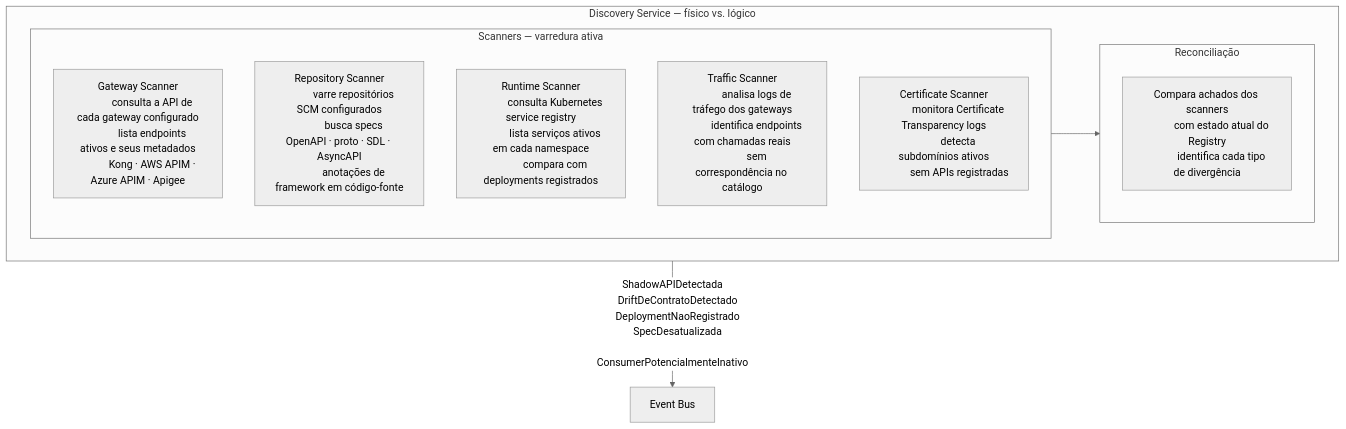
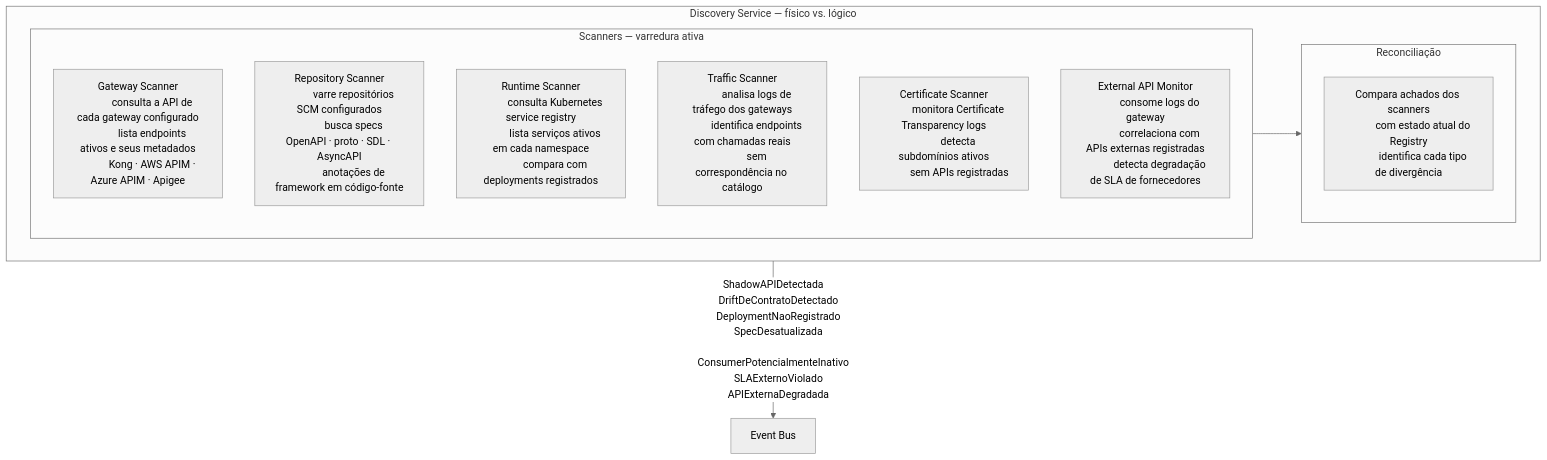
Before and after one commit to fgmira/estudo-api-management: the ninth of 18 diagrams in docs/modulo-7-plataforma_infraestrutura/cap_7_2_arquitetura_referencia.md, drawn with Mermaid (neutral theme). The commit also changed other lines of this file and 4 other files, not shown here.

````diff
--- a/docs/modulo-7-plataforma_infraestrutura/cap_7_2_arquitetura_referencia.md
+++ b/docs/modulo-7-plataforma_infraestrutura/cap_7_2_arquitetura_referencia.md
@@ -459,49 +466,56 @@
 ```mermaid
 graph TB
     subgraph discovery_svc["Discovery Service — físico vs. lógico"]
         direction LR
 
         subgraph scanners["Scanners — varredura ativa"]
             s1["Gateway Scanner
             consulta a API de cada gateway configurado
             lista endpoints ativos e seus metadados
             Kong · AWS APIM · Azure APIM · Apigee"]
 
             s2["Repository Scanner
             varre repositórios SCM configurados
             busca specs OpenAPI · proto · SDL · AsyncAPI
             anotações de framework em código-fonte"]
 
             s3["Runtime Scanner
             consulta Kubernetes service registry
             lista serviços ativos em cada namespace
             compara com deployments registrados"]
 
             s4["Traffic Scanner
             analisa logs de tráfego dos gateways
             identifica endpoints com chamadas reais
             sem correspondência no catálogo"]
 
             s5["Certificate Scanner
             monitora Certificate Transparency logs
             detecta subdomínios ativos
             sem APIs registradas"]
+
+            s6["External API Monitor
+            consome logs do gateway
+            correlaciona com APIs externas registradas
+            detecta degradação de SLA de fornecedores"]
         end
 
         subgraph reconciliation_svc["Reconciliação"]
             r1["Compara achados dos scanners
             com estado atual do Registry
             identifica cada tipo de divergência"]
         end
 
         scanners --> reconciliation_svc
     end
 
     bus2["Event Bus"]
 
     reconciliation_svc -->|"ShadowAPIDetectada
     DriftDeContratoDetectado
     DeploymentNaoRegistrado
     SpecDesatualizada
-    ConsumerPotencialmenteInativo"| bus2
+    ConsumerPotencialmenteInativo
+    SLAExternoViolado
+    APIExternaDegradada"| bus2
 ```
````
